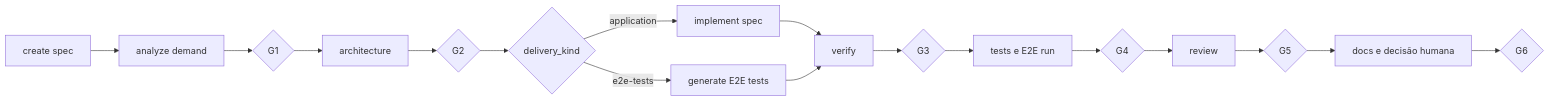
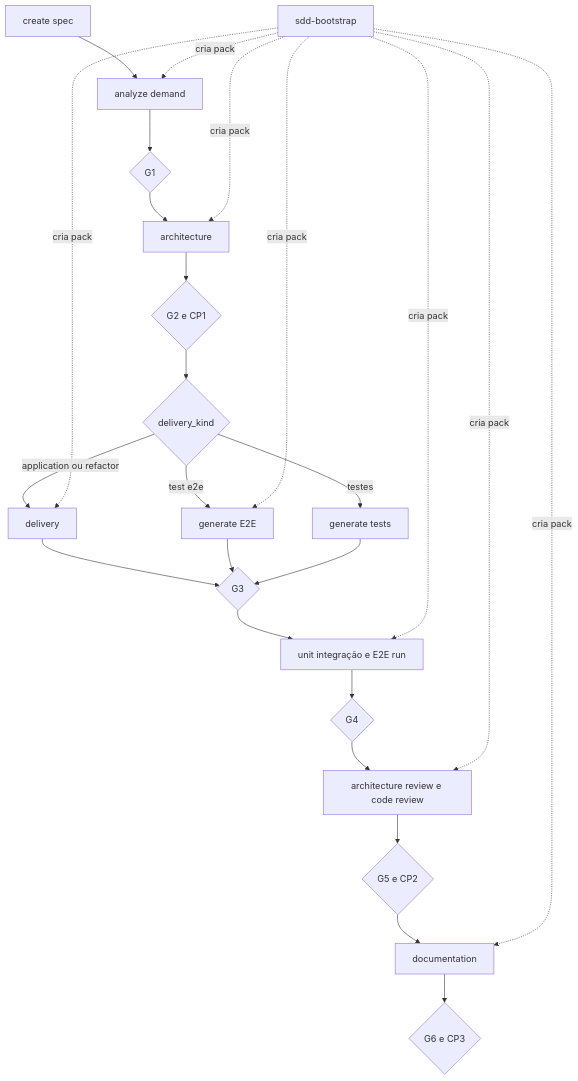
The second of 4 diagrams in docs/PIPELINE.md (fellipemauriciosilva/sdd-toolkit), drawn with Mermaid before and after one commit. The commit also changed other lines of this file and 105 other files, not shown here.

````diff
--- a/docs/PIPELINE.md
+++ b/docs/PIPELINE.md
@@ -21,19 +22,28 @@
 ```mermaid
-flowchart LR
+flowchart TB
     S[create spec] --> A[analyze demand]
     A --> G1{G1}
     G1 --> AR[architecture]
-    AR --> G2{G2}
+    AR --> G2{G2 e CP1}
     G2 --> K{delivery_kind}
-    K -->|application| I[implement spec]
-    K -->|e2e-tests| E[generate E2E tests]
-    I --> V[verify]
-    E --> V
-    V --> G3{G3}
-    G3 --> T[tests e E2E run]
+    K -->|application ou refactor| I[delivery]
+    K -->|test e2e| E[generate E2E]
+    K -->|testes| T0[generate tests]
+    I --> G3{G3}
+    E --> G3
+    T0 --> G3
+    G3 --> T[unit integração e E2E run]
     T --> G4{G4}
-    G4 --> R[review]
-    R --> G5{G5}
-    G5 --> D[docs e decisão humana]
-    D --> G6{G6}
+    G4 --> R[architecture review e code review]
+    R --> G5{G5 e CP2}
+    G5 --> D[documentation]
+    D --> G6{G6 e CP3}
+
+    B[sdd-bootstrap] -. cria pack .-> A
+    B -. cria pack .-> AR
+    B -. cria pack .-> I
+    B -. cria pack .-> E
+    B -. cria pack .-> T
+    B -. cria pack .-> R
+    B -. cria pack .-> D
 ```
````
